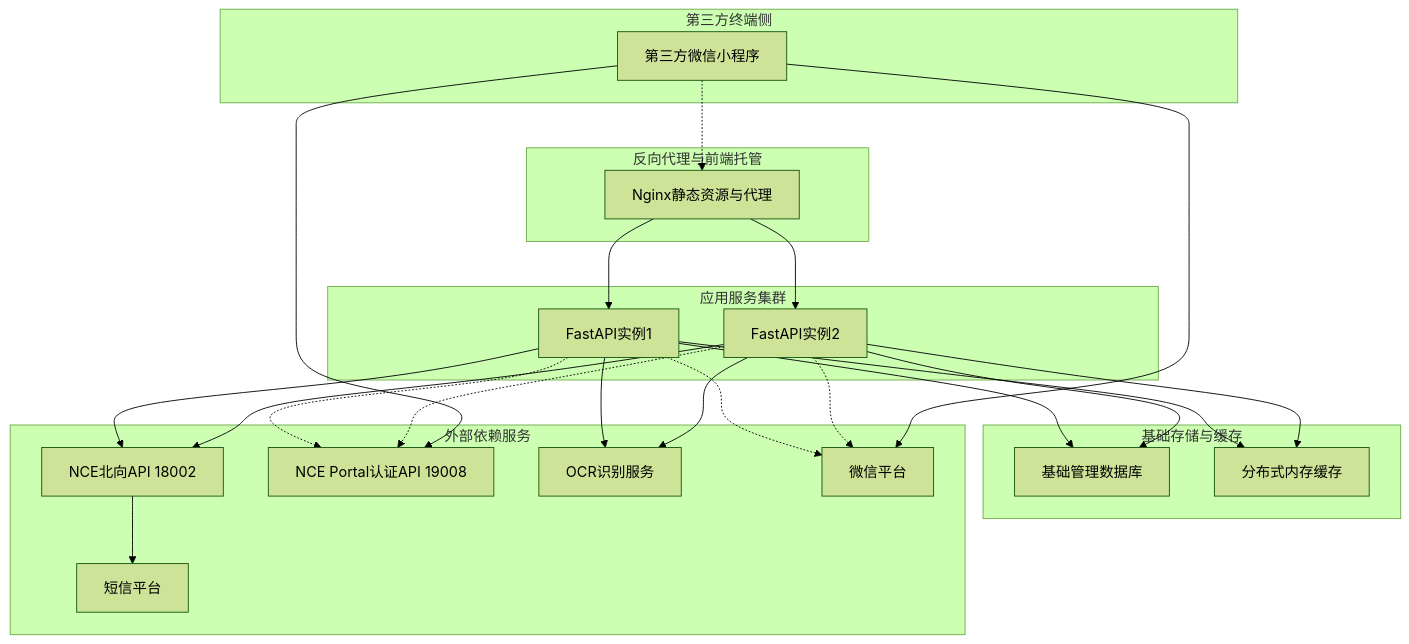
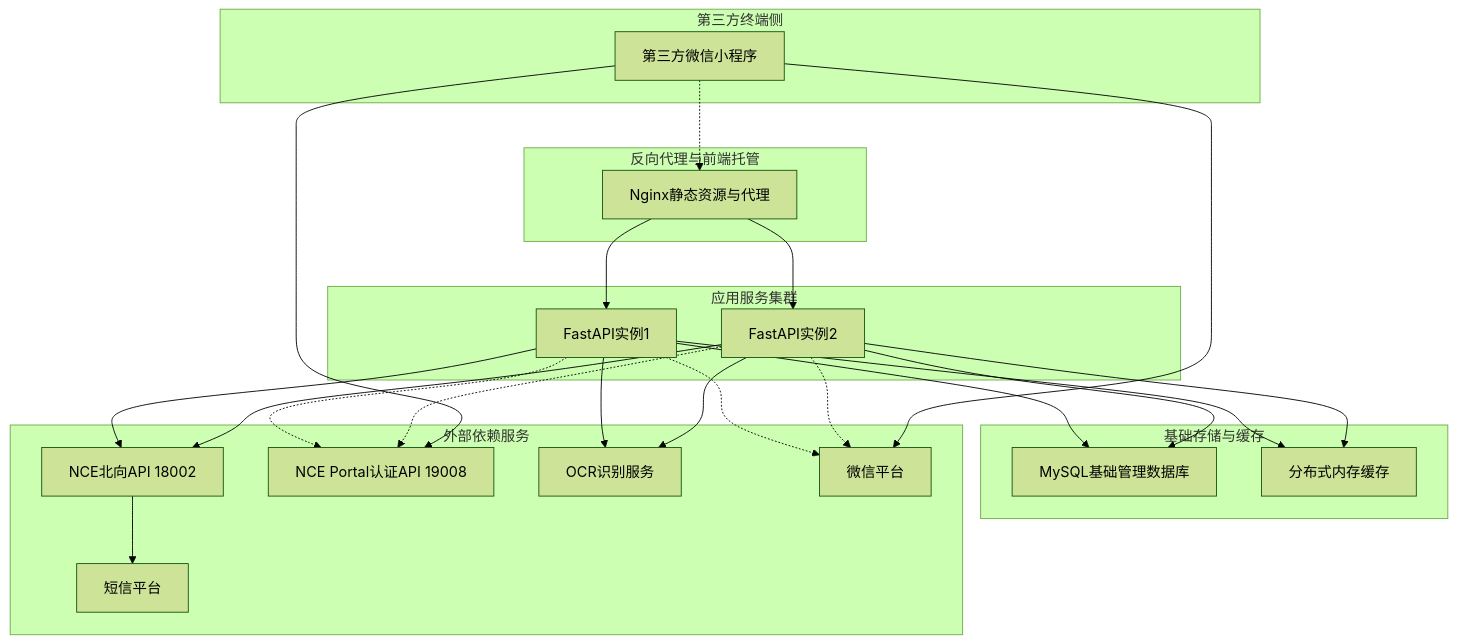
The third of 9 diagrams in doc/深圳机场WiFi多方式认证系统详细设计说明书.md (KoshiroPeng/vue-fastapi-admin), drawn with Mermaid (forest theme) before and after one commit. The commit also changed other lines of this file and 7 other files, not shown here.

````diff
--- a/doc/深圳机场WiFi多方式认证系统详细设计说明书.md
+++ b/doc/深圳机场WiFi多方式认证系统详细设计说明书.md
@@ -155,42 +155,42 @@
 ```mermaid
 graph TD
     subgraph 反向代理与前端托管
         NGINX[Nginx静态资源与代理]
     end
     subgraph 应用服务集群
         API_1[FastAPI实例1]
         API_2[FastAPI实例2]
     end
     subgraph 基础存储与缓存
-        SQLITE[基础管理数据库]
+        MYSQL[MySQL基础管理数据库]
         REDIS[分布式内存缓存]
     end
     subgraph 外部依赖服务
         EXT_NCE_NORTH[NCE北向API 18002]
         EXT_NCE_PORTAL[NCE Portal认证API 19008]
         EXT_OCR[OCR识别服务]
         EXT_WECHAT[微信平台]
         EXT_SMS[短信平台]
     end
     subgraph 第三方终端侧
         WX_APP[第三方微信小程序]
     end
     NGINX --> API_1
     NGINX --> API_2
-    API_1 --> SQLITE
-    API_2 --> SQLITE
+    API_1 --> MYSQL
+    API_2 --> MYSQL
     API_1 --> REDIS
     API_2 --> REDIS
     API_1 --> EXT_NCE_NORTH
     API_2 --> EXT_NCE_NORTH
     API_1 -.-> EXT_NCE_PORTAL
     API_2 -.-> EXT_NCE_PORTAL
     API_1 --> EXT_OCR
     API_2 --> EXT_OCR
     API_1 -.-> EXT_WECHAT
     API_2 -.-> EXT_WECHAT
     WX_APP --> EXT_WECHAT
     WX_APP --> EXT_NCE_PORTAL
     WX_APP -.-> NGINX
     EXT_NCE_NORTH --> EXT_SMS
 ```
````
